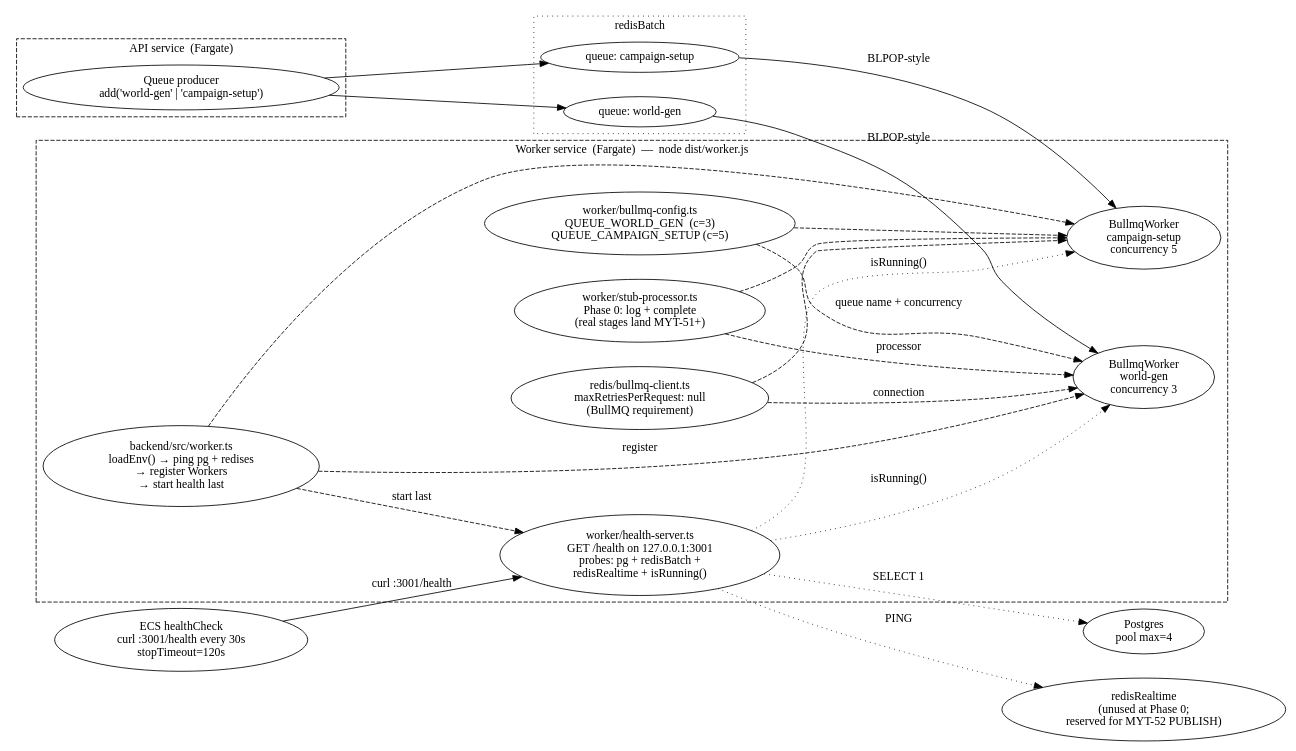
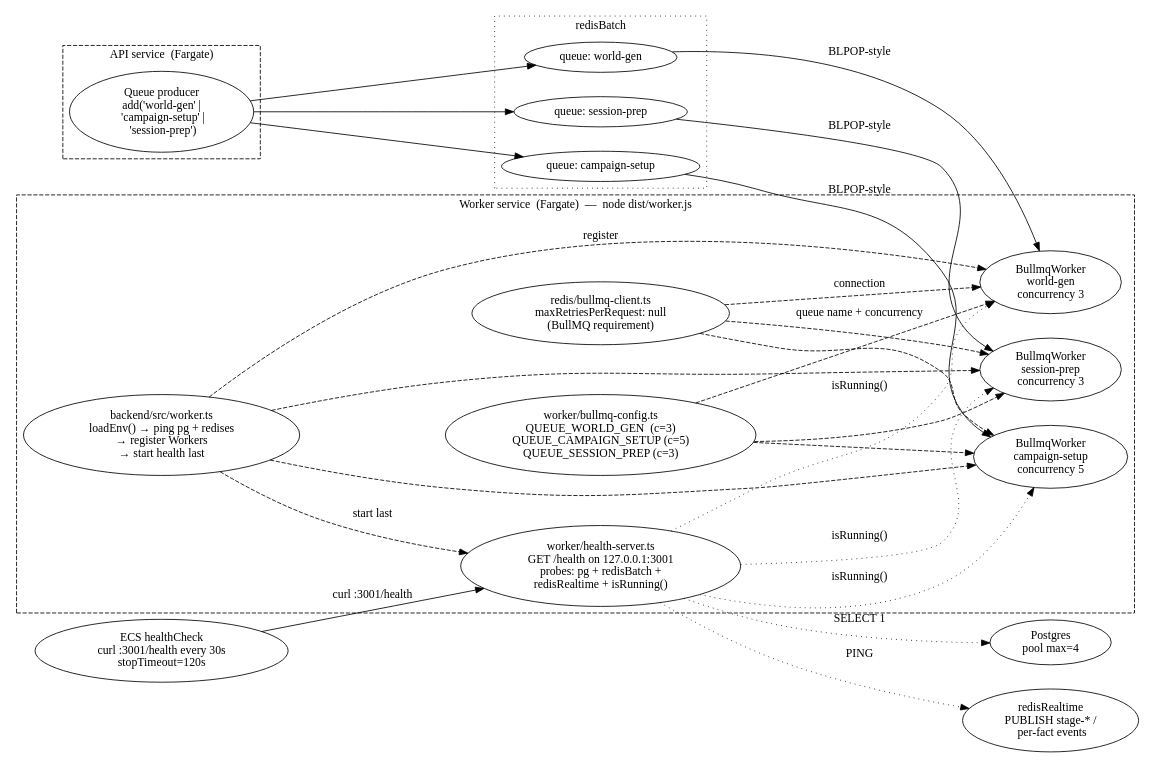
One commit to mythrun/mythrun changed the diagram in docs/wiki/diagrams/runtime/worker.dot. Above: the diagram before and after it, drawn with Graphviz. The commit also changed 25 other files, not shown here.

```diff
--- a/docs/wiki/diagrams/runtime/worker.dot
+++ b/docs/wiki/diagrams/runtime/worker.dot
@@ -1,72 +1,77 @@
 digraph worker {
   // The worker. A second ECS Fargate service that runs node dist/worker.js
-  // and pulls jobs from two BullMQ queues on redisBatch. Health server on
-  // 127.0.0.1:3001 is what ECS probes. Phase 0 ships stub processors;
-  // real prep-stage logic lands in MYT-51 onward.
+  // and pulls jobs from three BullMQ queues on redisBatch. Health server on
+  // 127.0.0.1:3001 is what ECS probes. Real prep-stage processors land across
+  // MYT-51 onward; session-prep (MYT-61) is the third queue/worker.
   rankdir=LR;
   compound=true;
   nodesep=0.4;
   ranksep=0.7;
 
   subgraph cluster_api {
     label="API service  (Fargate)";
     style="dashed";
     color="ember";
     fontcolor="ember";
 
-    queue_producer [label="Queue producer\nadd('world-gen' | 'campaign-setup')"];
+    queue_producer [label="Queue producer\nadd('world-gen' |\n  'campaign-setup' |\n  'session-prep')"];
   }
 
   subgraph cluster_redis {
     label="redisBatch";
     style="dotted";
 
     q_world    [label="queue: world-gen"];
     q_campaign [label="queue: campaign-setup"];
+    q_prep     [label="queue: session-prep"];
   }
 
   subgraph cluster_worker {
     label="Worker service  (Fargate)  —  node dist/worker.js";
     style="dashed";
     color="ember";
     fontcolor="ember";
 
     entry      [label="backend/src/worker.ts\nloadEnv() → ping pg + redises\n→ register Workers\n→ start health last", color="ember", fontcolor="ember"];
-    cfg        [label="worker/bullmq-config.ts\nQUEUE_WORLD_GEN  (c=3)\nQUEUE_CAMPAIGN_SETUP (c=5)"];
-    stub       [label="worker/stub-processor.ts\nPhase 0: log + complete\n(real stages land MYT-51+)"];
+    cfg        [label="worker/bullmq-config.ts\nQUEUE_WORLD_GEN  (c=3)\nQUEUE_CAMPAIGN_SETUP (c=5)\nQUEUE_SESSION_PREP (c=3)"];
     w_world    [label="BullmqWorker\nworld-gen\nconcurrency 3"];
     w_camp     [label="BullmqWorker\ncampaign-setup\nconcurrency 5"];
+    w_prep     [label="BullmqWorker\nsession-prep\nconcurrency 3", color="ember", fontcolor="ember"];
     health     [label="worker/health-server.ts\nGET /health on 127.0.0.1:3001\nprobes: pg + redisBatch +\nredisRealtime + isRunning()"];
     bullmq_redis [label="redis/bullmq-client.ts\nmaxRetriesPerRequest: null\n(BullMQ requirement)"];
   }
 
   ecs   [label="ECS healthCheck\ncurl :3001/health every 30s\nstopTimeout=120s"];
   pg    [label="Postgres\npool max=4"];
-  realtime [label="redisRealtime\n(unused at Phase 0;\nreserved for MYT-52 PUBLISH)"];
+  realtime [label="redisRealtime\nPUBLISH stage-* /\n  per-fact events"];
 
   // API enqueues
   queue_producer -> q_world;
   queue_producer -> q_campaign;
+  queue_producer -> q_prep;
 
   // Worker consumes
   q_world    -> w_world  [label="BLPOP-style"];
   q_campaign -> w_camp   [label="BLPOP-style"];
+  q_prep     -> w_prep   [label="BLPOP-style"];
 
   // Worker shape
   cfg     -> w_world  [style=dashed, label="queue name + concurrency"];
   cfg     -> w_camp   [style=dashed];
-  stub    -> w_world  [style=dashed, label="processor"];
-  stub    -> w_camp   [style=dashed];
+  cfg     -> w_prep   [style=dashed];
   entry   -> w_world  [style=dashed, label="register"];
   entry   -> w_camp   [style=dashed];
+  entry   -> w_prep   [style=dashed];
   bullmq_redis -> w_world [style=dashed, label="connection"];
   bullmq_redis -> w_camp  [style=dashed];
+  bullmq_redis -> w_prep  [style=dashed];
 
   // Health + ECS probe
   entry  -> health [style=dashed, label="start last"];
   ecs    -> health [label="curl :3001/health"];
   health -> pg          [label="SELECT 1", style=dotted];
   health -> w_world     [label="isRunning()", style=dotted];
   health -> w_camp      [label="isRunning()", style=dotted];
+  health -> w_prep      [label="isRunning()", style=dotted];
   health -> realtime    [label="PING", style=dotted];
 }
```
